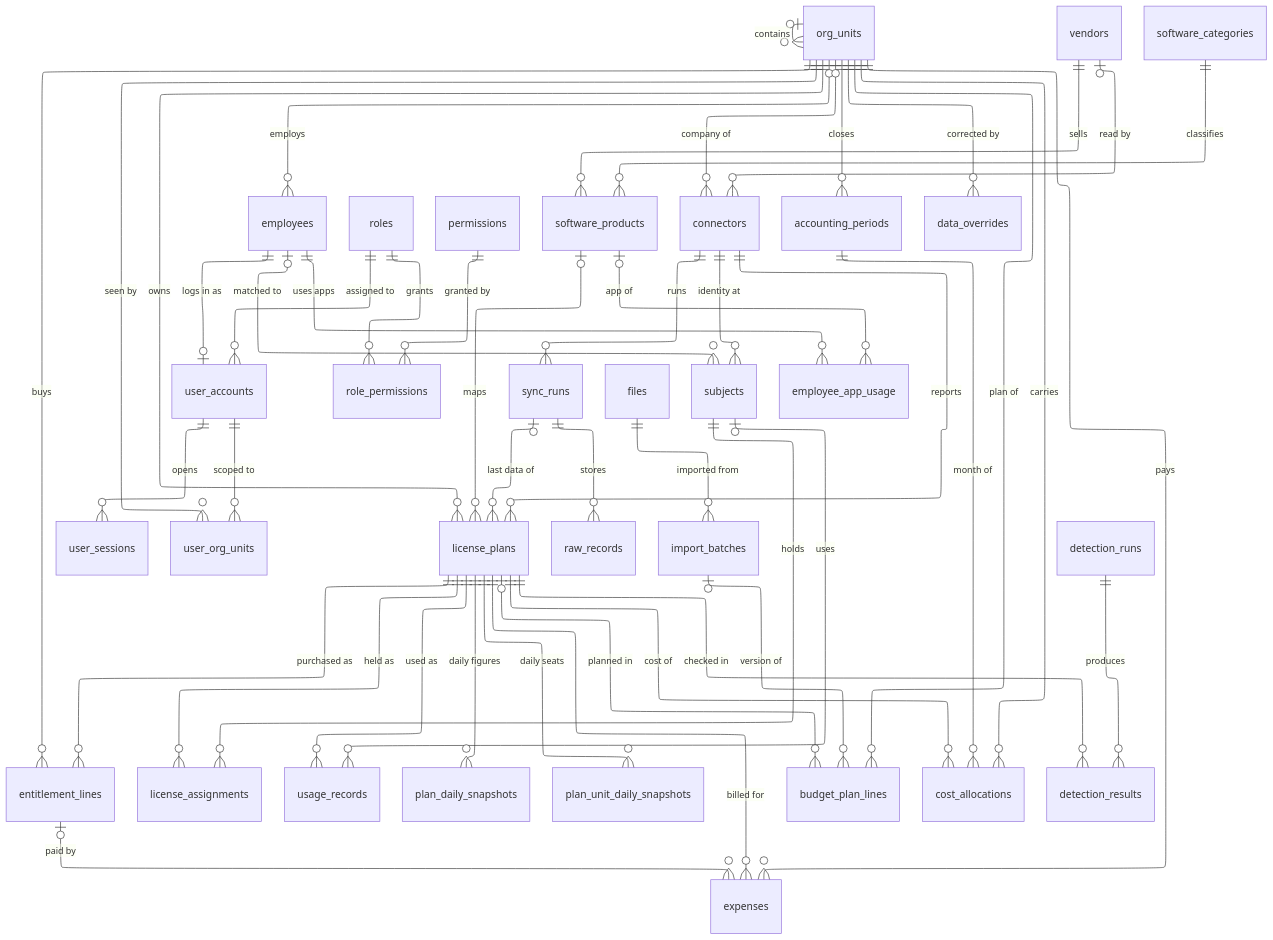
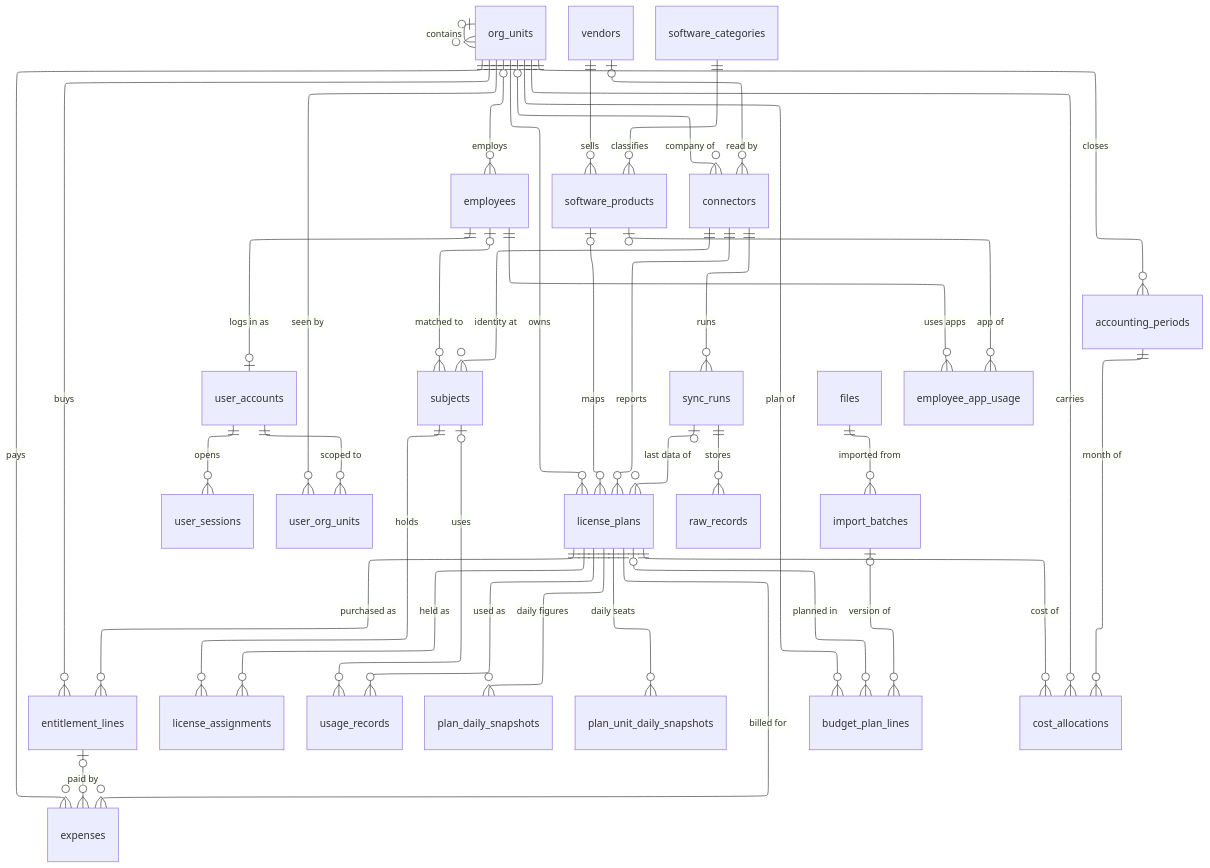
Before and after one commit to cuonglpv/VFast: the diagram in docs/database/diagrams/erd_overview.mmd, drawn with Mermaid. The commit also changed 28 other files, not shown here.

First line of the commit message:
docs: fix the schema audit findings and fold redundant tables (33 -> 28)

```diff
--- a/docs/database/diagrams/erd_overview.mmd
+++ b/docs/database/diagrams/erd_overview.mmd
@@ -1,53 +1,47 @@
 ---
 config:
   layout: elk
   elk:
     mergeEdges: false
     nodePlacementStrategy: NETWORK_SIMPLEX
 ---
 erDiagram
     org_units |o--o{ org_units : "contains"
     org_units |o--o{ employees : "employs"
     employees ||--o| user_accounts : "logs in as"
-    roles ||--o{ user_accounts : "assigned to"
-    roles ||--o{ role_permissions : grants
-    permissions ||--o{ role_permissions : "granted by"
     user_accounts ||--o{ user_sessions : opens
     user_accounts ||--o{ user_org_units : "scoped to"
     org_units ||--o{ user_org_units : "seen by"
     vendors ||--o{ software_products : sells
     software_categories ||--o{ software_products : classifies
     software_products |o--o{ license_plans : "maps"
     org_units ||--o{ license_plans : owns
     license_plans ||--o{ entitlement_lines : "purchased as"
     org_units ||--o{ entitlement_lines : buys
     vendors |o--o{ connectors : "read by"
     org_units |o--o{ connectors : "company of"
     connectors ||--o{ license_plans : reports
     connectors ||--o{ sync_runs : runs
     sync_runs |o--o{ license_plans : "last data of"
     sync_runs ||--o{ raw_records : stores
     files ||--o{ import_batches : "imported from"
     connectors ||--o{ subjects : "identity at"
     employees |o--o{ subjects : "matched to"
     license_plans ||--o{ license_assignments : "held as"
     subjects ||--o{ license_assignments : holds
     license_plans ||--o{ usage_records : "used as"
     subjects |o--o{ usage_records : uses
     license_plans ||--o{ plan_daily_snapshots : "daily figures"
     license_plans ||--o{ plan_unit_daily_snapshots : "daily seats"
     employees ||--o{ employee_app_usage : "uses apps"
     software_products |o--o{ employee_app_usage : "app of"
     import_batches |o--o{ budget_plan_lines : "version of"
     license_plans |o--o{ budget_plan_lines : "planned in"
     org_units ||--o{ budget_plan_lines : "plan of"
     accounting_periods ||--o{ cost_allocations : "month of"
     license_plans ||--o{ cost_allocations : "cost of"
     org_units ||--o{ cost_allocations : carries
     license_plans ||--o{ expenses : "billed for"
     entitlement_lines |o--o{ expenses : "paid by"
     org_units ||--o{ expenses : pays
     org_units ||--o{ accounting_periods : closes
-    detection_runs ||--o{ detection_results : produces
-    license_plans ||--o{ detection_results : "checked in"
-    org_units ||--o{ data_overrides : "corrected by"
```
